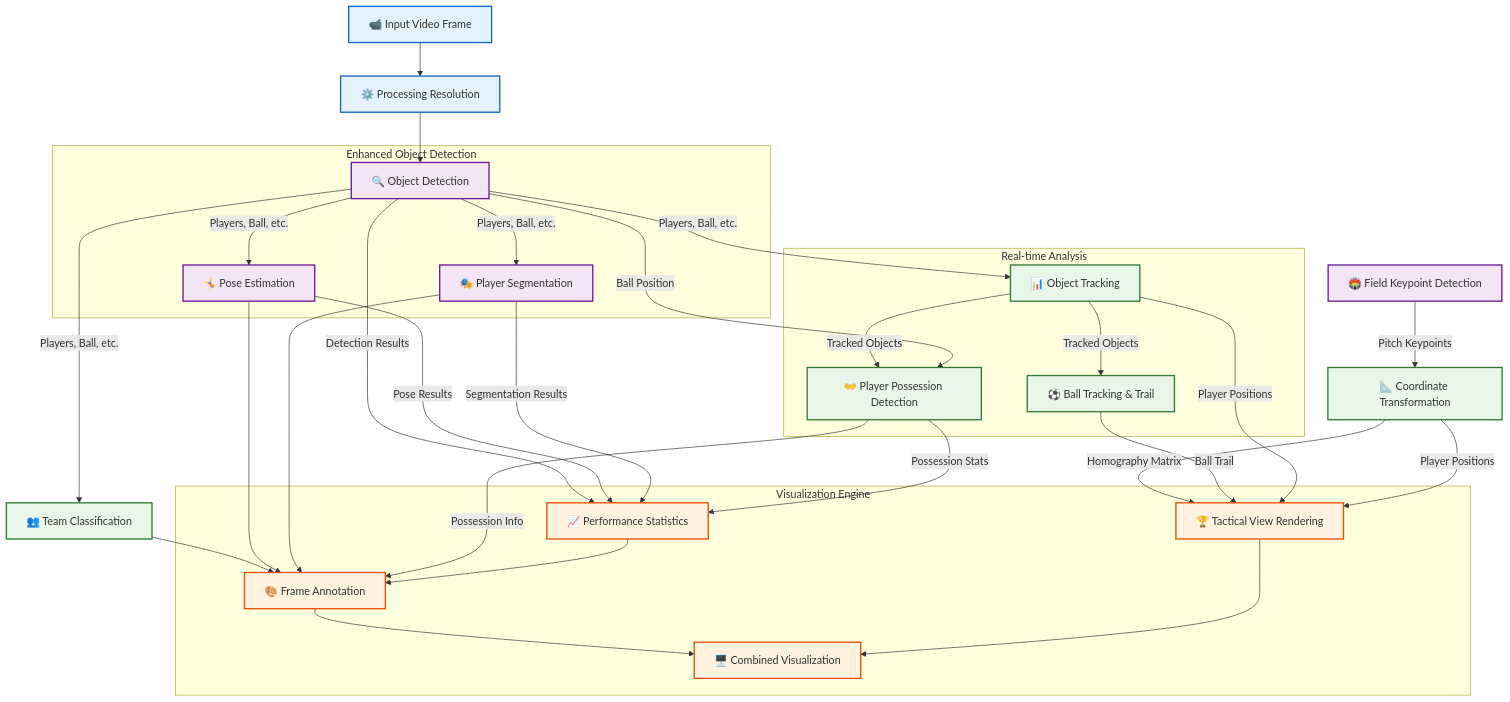
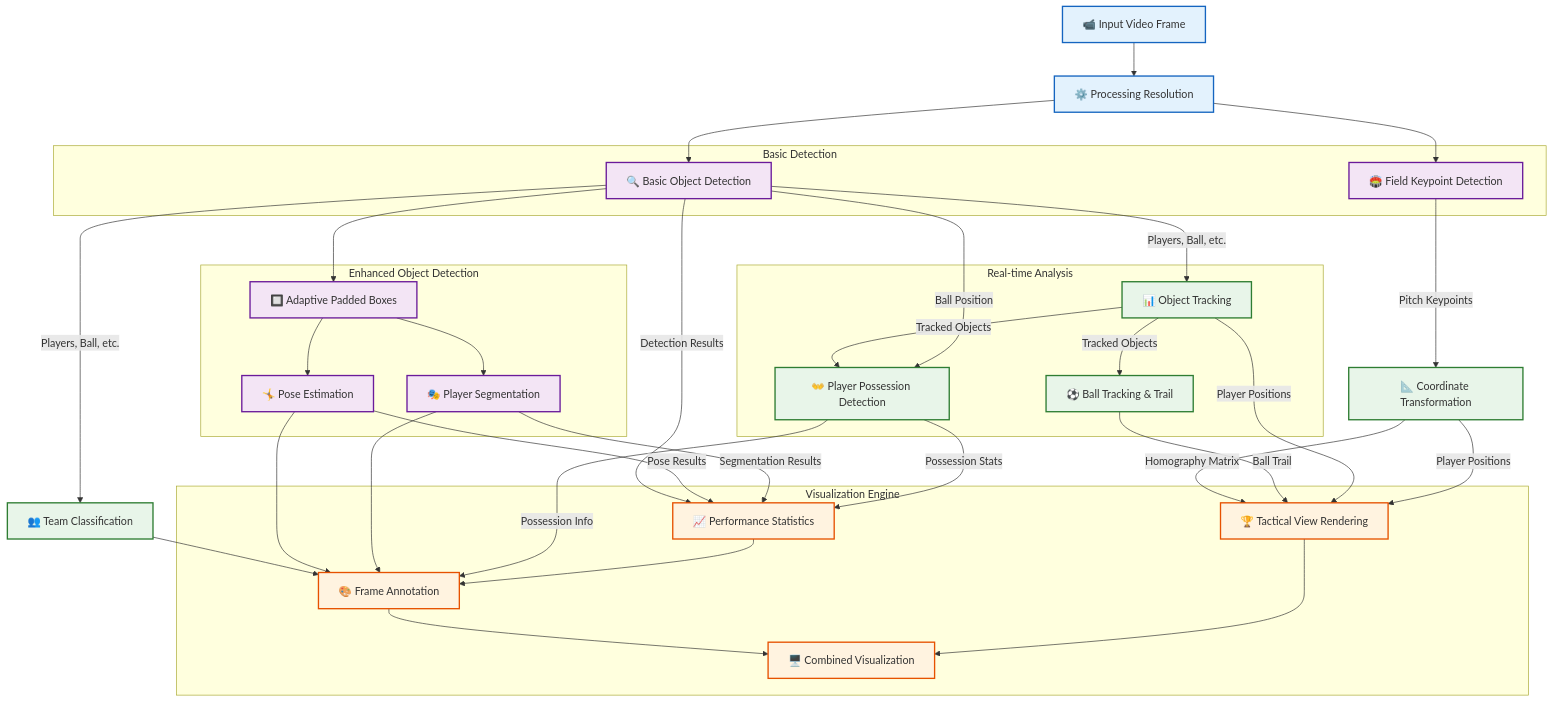
The diagram in README.md (farshidrayhancv/Football_Simple_AI), drawn with Mermaid before and after one commit. The commit also changed other lines of this file, not shown here.

````diff
--- a/README.md
+++ b/README.md
@@ -78,11 +78,12 @@
 graph TD
     InputFrame["📹 Input Video Frame"]
     ProcessingRes["⚙️ Processing Resolution"]
-    ObjDetection["🔍 Object Detection"]
+    ObjDetection["🔍 Basic Object Detection"]
+    PaddedBoxes["🔲 Adaptive Padded Boxes"]
+    PoseEstimation["🤸 Pose Estimation"]
+    PlayerSegmentation["🎭 Player Segmentation"]
     FieldDetection["🏟️ Field Keypoint Detection"]
     TeamClassifier["👥 Team Classification"]
-    PoseEstimation["🤸 Pose Estimation"]
-    PlayerSegmentation["🎭 Player Segmentation"]
     Tracking["📊 Object Tracking"]
     PossessionDetection["👐 Player Possession Detection"]
     CoordTransform["📐 Coordinate Transformation"]
@@ -94,10 +95,15 @@
     
     InputFrame --> ProcessingRes
     ProcessingRes --> ObjDetection
+    ObjDetection --> PaddedBoxes
+    
+    PaddedBoxes --> PoseEstimation
+    PaddedBoxes --> PlayerSegmentation
+    
     ObjDetection --> |Players, Ball, etc.| TeamClassifier
-    ObjDetection --> |Players, Ball, etc.| PoseEstimation
-    ObjDetection --> |Players, Ball, etc.| PlayerSegmentation
     ObjDetection --> |Players, Ball, etc.| Tracking
+    
+    ProcessingRes --> FieldDetection
     FieldDetection --> |Pitch Keypoints| CoordTransform
     
     TeamClassifier --> FrameAnnotation
@@ -124,9 +130,14 @@
     PitchRendering --> FinalOutput
     
     subgraph Enhanced Object Detection
-        ObjDetection
+        PaddedBoxes
         PoseEstimation
         PlayerSegmentation
+    end
+    
+    subgraph Basic Detection
+        ObjDetection
+        FieldDetection
     end
     
     subgraph Real-time Analysis
@@ -149,7 +160,8 @@
     classDef visual fill:#fff3e0,stroke:#e65100,stroke-width:2px;
     
     class InputFrame,ProcessingRes input;
-    class ObjDetection,FieldDetection,PoseEstimation,PlayerSegmentation detection;
+    class ObjDetection,FieldDetection detection;
+    class PaddedBoxes,PoseEstimation,PlayerSegmentation detection;
     class Tracking,PossessionDetection,TeamClassifier,CoordTransform,BallTracking analysis;
     class FrameAnnotation,PitchRendering,Statistics,FinalOutput visual;
-```
+  ```
````
